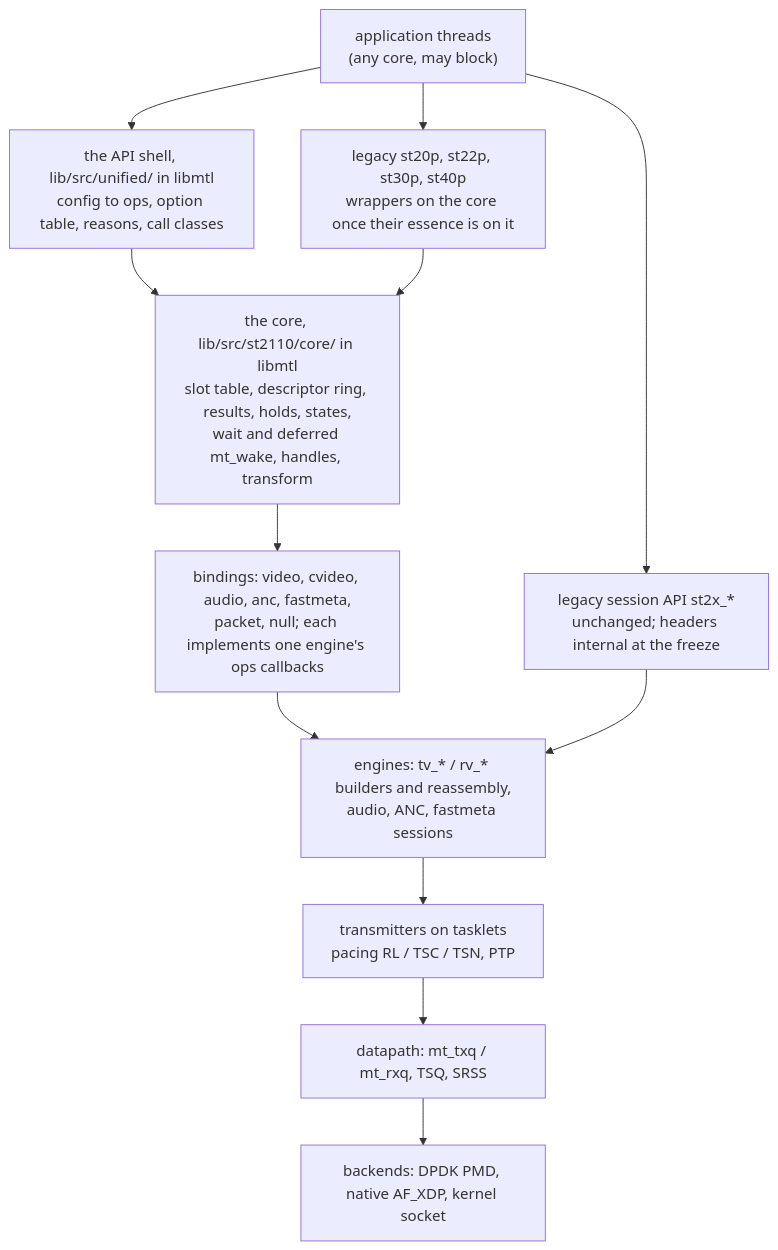
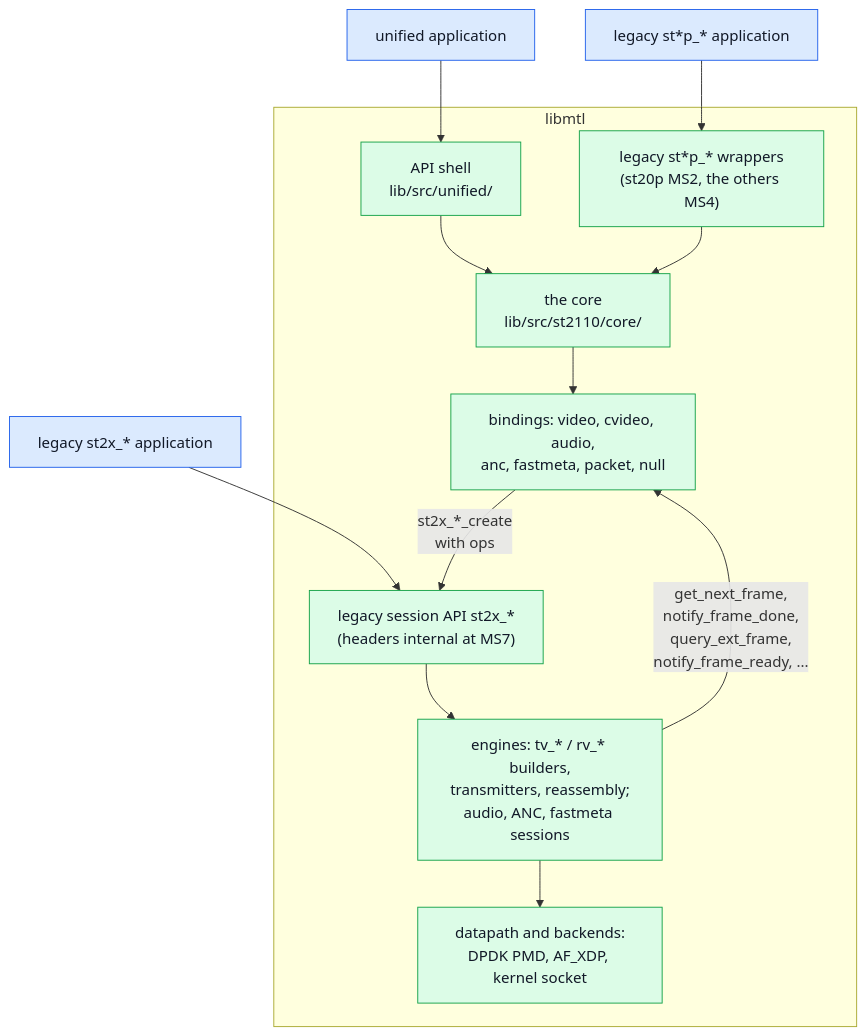
The first of 15 diagrams in doc/unified-api/engine.md (Sakoram/Media-Transport-Library), drawn with Mermaid before and after one commit. The commit also changed other lines of this file and 15 other files, not shown here.

First line of the commit message:
Docs: Move the unified API diagrams into their topic documents

````diff
--- a/doc/unified-api/engine.md
+++ b/doc/unified-api/engine.md
@@ -20,15 +27,26 @@
 ```mermaid
 flowchart TB
-    APP["application threads<br/>(any core, may block)"] --> API
-    APP --> LEGP
-    APP --> LEGS
-    API["the API shell, lib/src/unified/ in libmtl<br/>config to ops, option table, reasons, call classes"] --> CORE
-    LEGP["legacy st20p, st22p, st30p, st40p<br/>wrappers on the core once their essence is on it"] --> CORE
-    CORE["the core, lib/src/st2110/core/ in libmtl<br/>slot table, descriptor ring, results, holds, states,<br/>wait and deferred mt_wake, handles, transform"] --> BIND
-    BIND["bindings: video, cvideo, audio, anc, fastmeta,<br/>packet, null; each implements one engine's ops callbacks"] --> SESS
-    LEGS["legacy session API st2x_*<br/>unchanged; headers internal at the freeze"] --> SESS
-    SESS["engines: tv_* / rv_* builders and reassembly,<br/>audio, ANC, fastmeta sessions"] --> TRS
-    TRS["transmitters on tasklets<br/>pacing RL / TSC / TSN, PTP"] --> DP
-    DP["datapath: mt_txq / mt_rxq, TSQ, SRSS"] --> BE
-    BE["backends: DPDK PMD, native AF_XDP, kernel socket"]
+    UA["unified application"] --> SH
+    LA["legacy st*p_* application"] --> LW
+    LSA["legacy st2x_* application"] --> LS
+    subgraph L["libmtl"]
+        SH["API shell<br/>lib/src/unified/"]
+        LW["legacy st*p_* wrappers<br/>(st20p MS2, the others MS4)"]
+        CORE["the core<br/>lib/src/st2110/core/"]
+        BIND["bindings: video, cvideo, audio,<br/>anc, fastmeta, packet, null"]
+        LS["legacy session API st2x_*<br/>(headers internal at MS7)"]
+        ENG["engines: tv_* / rv_* builders,<br/>transmitters, reassembly;<br/>audio, ANC, fastmeta sessions"]
+        DP["datapath and backends:<br/>DPDK PMD, AF_XDP, kernel socket"]
+    end
+    SH --> CORE
+    LW --> CORE
+    CORE --> BIND
+    BIND -->|"st2x_*_create<br/>with ops"| LS
+    LS --> ENG
+    ENG -->|"get_next_frame,<br/>notify_frame_done,<br/>query_ext_frame,<br/>notify_frame_ready, ..."| BIND
+    ENG --> DP
+    classDef app fill:#dbeafe,stroke:#2563eb,color:#111827
+    classDef mtl fill:#dcfce7,stroke:#16a34a,color:#111827
+    class UA,LA,LSA app
+    class SH,LW,CORE,BIND,LS,ENG,DP mtl
 ```
````
